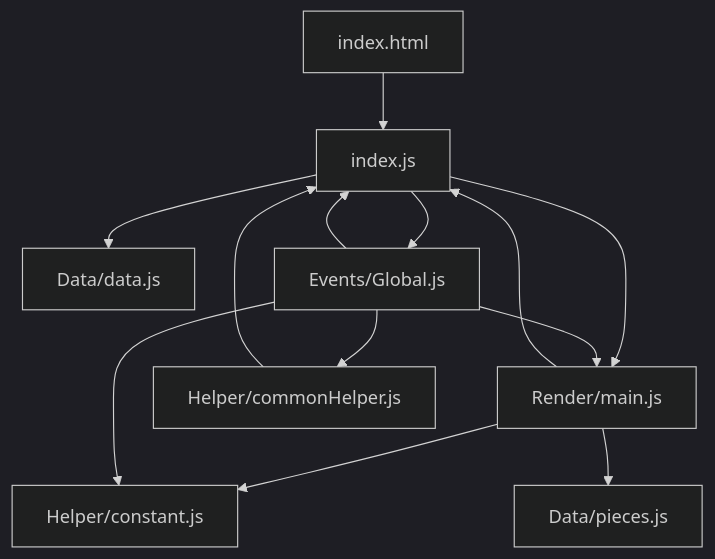
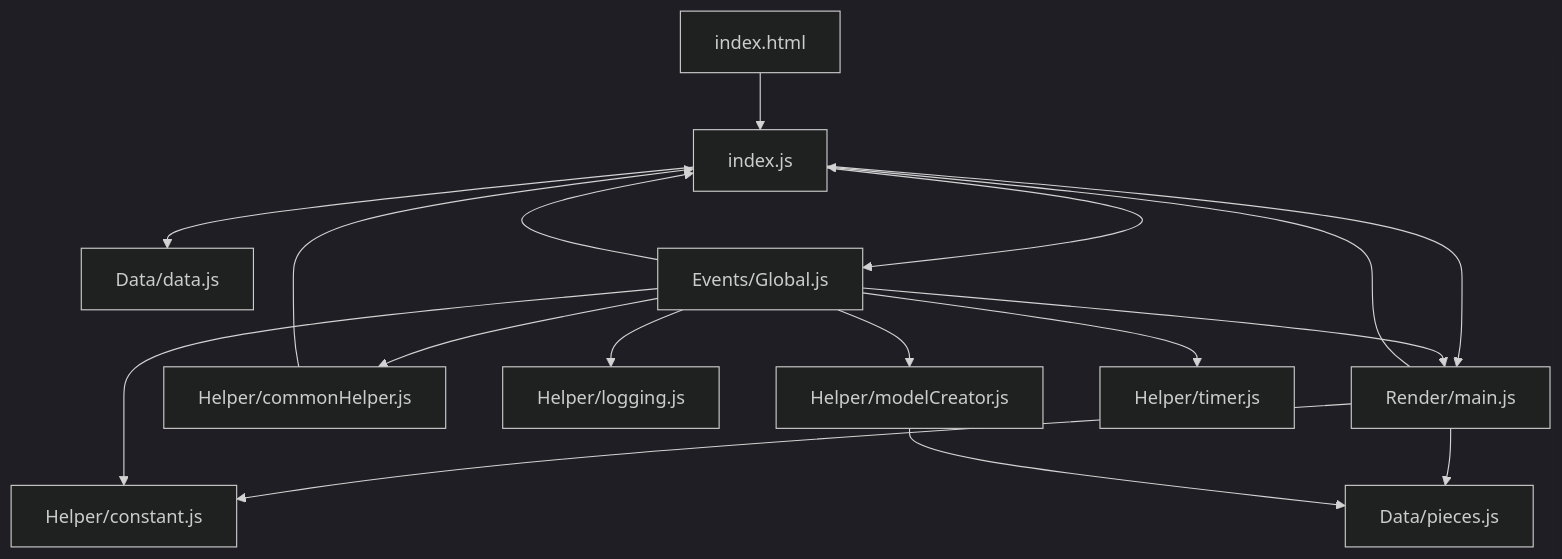
Before and after one commit to sharmaa-abhi/ChessCode: the first of 4 diagrams in Md_file/Design_Architecture.md, drawn with Mermaid (dark theme). The commit also changed other lines of this file and 18 other files, not shown here.

````diff
--- a/Md_file/Design_Architecture.md
+++ b/Md_file/Design_Architecture.md
@@ -54,18 +71,22 @@
 ```mermaid
 graph TD
     A[index.html] --> B[index.js]
     B --> C[Data/data.js]
     B --> D[Render/main.js]
     B --> E[Events/Global.js]
 
     D --> F[Helper/constant.js]
     D --> G[Data/pieces.js]
     D --> B
 
     E --> F
     E --> B
     E --> D
     E --> H[Helper/commonHelper.js]
+    E --> I[Helper/logging.js]
+    E --> J[Helper/modelCreator.js]
+    E --> K[Helper/timer.js]
 
     H --> B
+    J --> G
 ```
````
